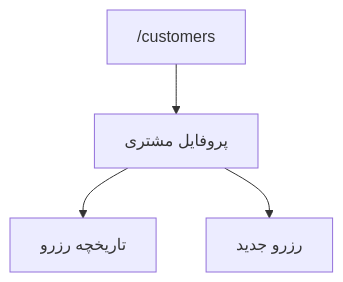
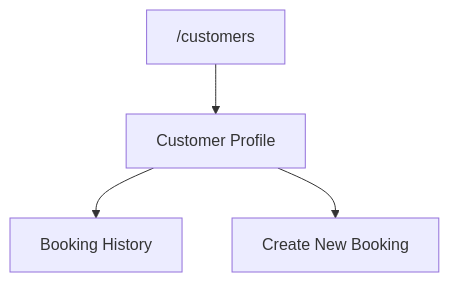
The first of 5 diagrams in docs/UI-FLOW-MVP-FA.md (amirhossein-moloki/Sevra), drawn with Mermaid before and after one commit. The commit also changed other lines of this file, not shown here.

First line of the commit message:
Revise UI Flow document to version 0.2

````diff
--- a/docs/UI-FLOW-MVP-FA.md
+++ b/docs/UI-FLOW-MVP-FA.md
@@ -140,6 +10,6 @@
 ```mermaid
 flowchart TD
-    A["/customers"] --> B["پروفایل مشتری"]
-    B --> C["تاریخچه رزرو"]
-    B --> D["رزرو جدید"]
+    A["/customers"] --> B["Customer Profile"]
+    B --> C["Booking History"]
+    B --> D["Create New Booking"]
 ```
````
